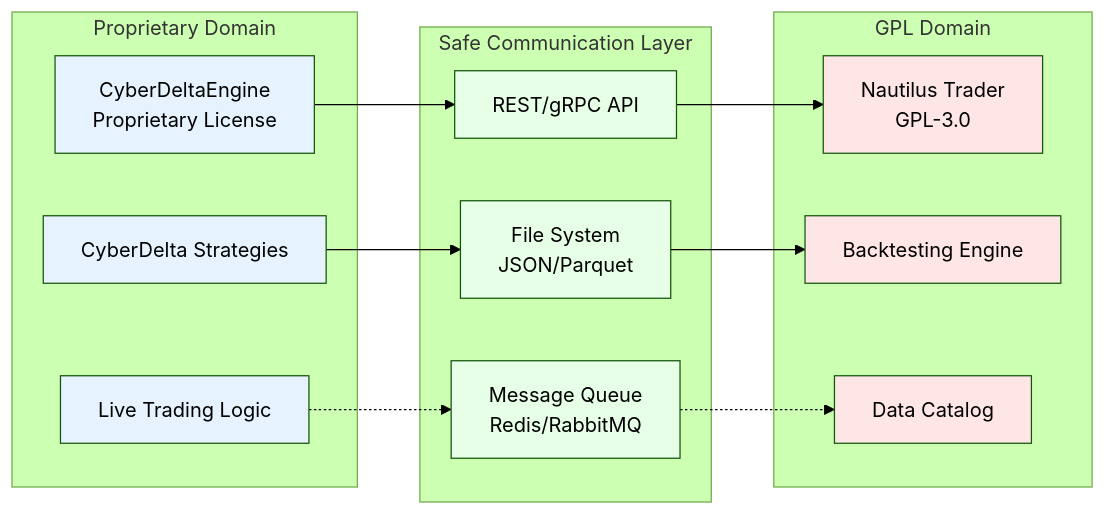
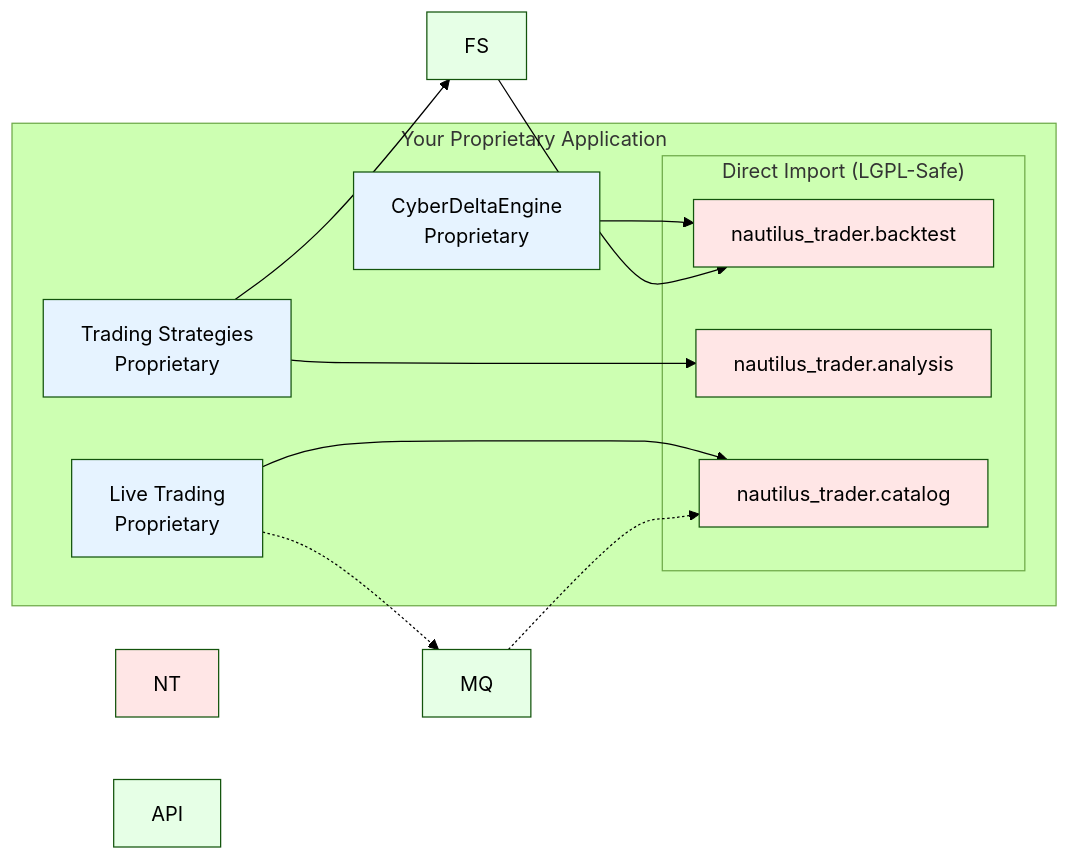
Before and after one commit to plataplomo/hummingbot: the second of 13 diagrams in workflow/cyberdelta_vs_nautilus/hybrid_approach_nautilus_backtesting.md, drawn with Mermaid (forest theme). The commit also changed other lines of this file and 326 other files, not shown here.

First line of the commit message:
Refactor event bus architecture and enhance event handling (#100)

````diff
--- a/workflow/cyberdelta_vs_nautilus/hybrid_approach_nautilus_backtesting.md
+++ b/workflow/cyberdelta_vs_nautilus/hybrid_approach_nautilus_backtesting.md
@@ -79,37 +79,39 @@
 ```mermaid
 graph LR
-    subgraph "Proprietary Domain"
-        CD[CyberDeltaEngine<br/>Proprietary License]
-        CS[CyberDelta Strategies]
-        CL[Live Trading Logic]
+    subgraph "Your Proprietary Application"
+        CD[CyberDeltaEngine<br/>Proprietary]
+        CS[Trading Strategies<br/>Proprietary]
+        CL[Live Trading<br/>Proprietary]
+
+        subgraph "Direct Import (LGPL-Safe)"
+            NB[nautilus_trader.backtest]
+            NA[nautilus_trader.analysis]
+            NC[nautilus_trader.catalog]
+        end
     end
 
-    subgraph "GPL Domain"
-        NT[Nautilus Trader<br/>GPL-3.0]
-        NB[Backtesting Engine]
-        NC[Data Catalog]
-    end
+    CD --> NB
+    CS --> NA
+    CL --> NC
 
-    subgraph "Safe Communication Layer"
-        API[REST/gRPC API]
-        FS[File System<br/>JSON/Parquet]
-        MQ[Message Queue<br/>Redis/RabbitMQ]
-    end
-
-    CD --> API
-    API --> NT
+    style CD fill:#e6f3ff
+    style CS fill:#e6f3ff
+    style CL fill:#e6f3ff
+    style NB fill:#ffe6e6
+    style NA fill:#ffe6e6
+    style NC fill:#ffe6e6
     CS --> FS
     FS --> NB
     CL -.-> MQ
     MQ -.-> NC
 
     style CD fill:#e6f3ff
     style CS fill:#e6f3ff
     style CL fill:#e6f3ff
     style NT fill:#ffe6e6
     style NB fill:#ffe6e6
     style NC fill:#ffe6e6
     style API fill:#e6ffe6
     style FS fill:#e6ffe6
     style MQ fill:#e6ffe6
 ```
````
